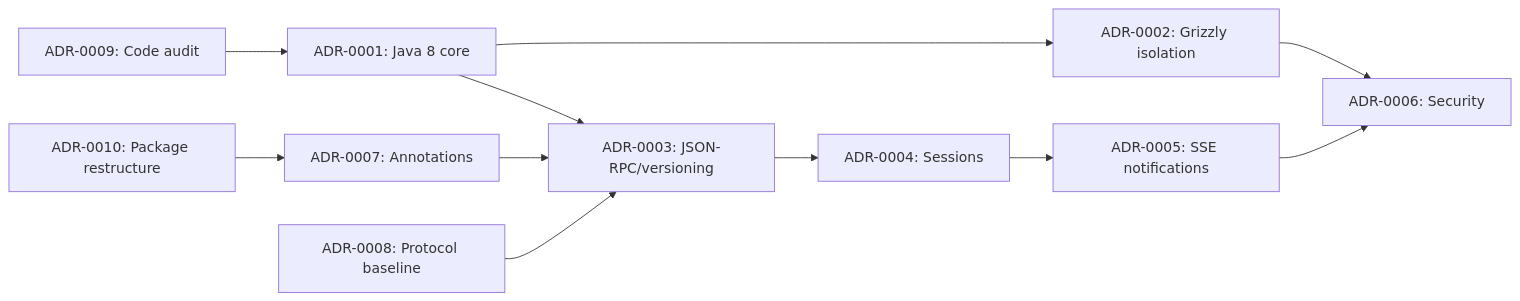
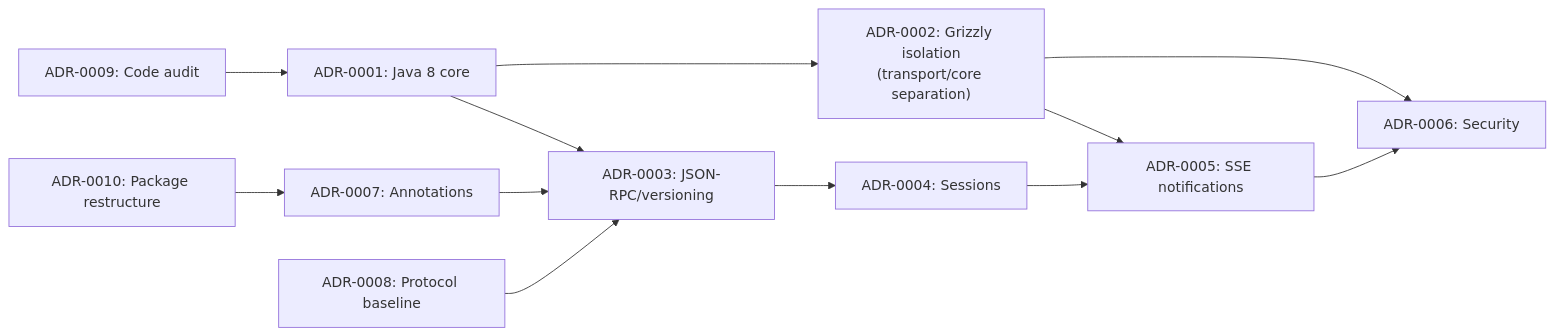
One commit to vinhphan812/mcp-java-sdk changed the diagram in docs/adr/README.md. Above: the diagram before and after it, drawn with Mermaid. The commit also changed other lines of this file and 2 other files, not shown here.

First line of the commit message:
docs: add Mermaid diagrams to ADR-0002 transport isolation

````diff
--- a/docs/adr/README.md
+++ b/docs/adr/README.md
@@ -11,24 +13,25 @@
 ```mermaid
 flowchart LR
     Core1["ADR-0001: Java 8 core"]
-    Core2["ADR-0002: Grizzly isolation"]
+    Core2["ADR-0002: Grizzly isolation\n(transport/core separation)"]
     Core3["ADR-0003: JSON-RPC/versioning"]
     Core4["ADR-0004: Sessions"]
     Core5["ADR-0005: SSE notifications"]
     Core6["ADR-0006: Security"]
     Core7["ADR-0007: Annotations"]
     Core8["ADR-0008: Protocol baseline"]
     Core9["ADR-0009: Code audit"]
     Core10["ADR-0010: Package restructure"]
 
     Core1 --> Core2
     Core1 --> Core3
     Core2 --> Core6
+    Core2 --> Core5
     Core3 --> Core4
     Core4 --> Core5
     Core5 --> Core6
     Core7 --> Core3
     Core8 --> Core3
     Core9 --> Core1
     Core10 --> Core7
 ```
````
